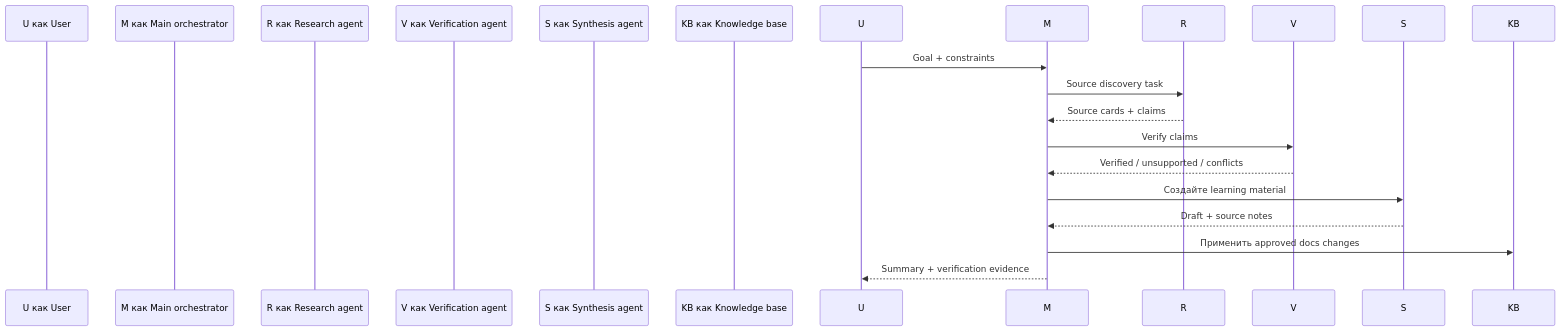
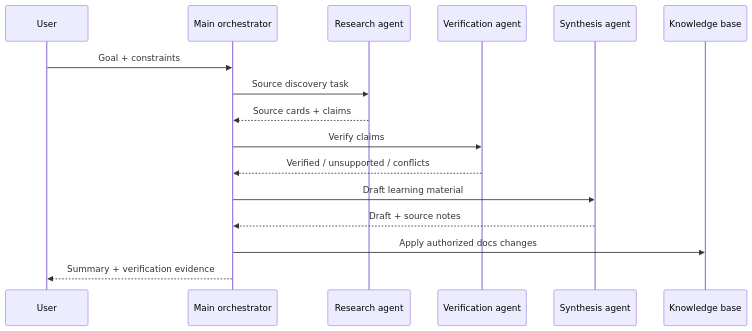
Before and after one commit to alexroadcaster/product-agent-os: the second of 5 diagrams in docs/diagrams/architecture.md, drawn with Mermaid. The commit also changed other lines of this file and 560 other files, not shown here.

````diff
--- a/docs/diagrams/architecture.md
+++ b/docs/diagrams/architecture.md
@@ -28,19 +28,19 @@
 ```mermaid
 sequenceDiagram
-    participant U как User
-    participant M как Main orchestrator
-    participant R как Research agent
-    participant V как Verification agent
-    participant S как Synthesis agent
-    participant KB как Knowledge base
+    participant U as User
+    participant M as Main orchestrator
+    participant R as Research agent
+    participant V as Verification agent
+    participant S as Synthesis agent
+    participant KB as Knowledge base
 
     U->>M: Goal + constraints
     M->>R: Source discovery task
     R-->>M: Source cards + claims
     M->>V: Verify claims
     V-->>M: Verified / unsupported / conflicts
-    M->>S: Создайте learning material
+    M->>S: Draft learning material
     S-->>M: Draft + source notes
-    M->>KB: Применить approved docs changes
+    M->>KB: Apply authorized docs changes
     M-->>U: Summary + verification evidence
 ```
````
